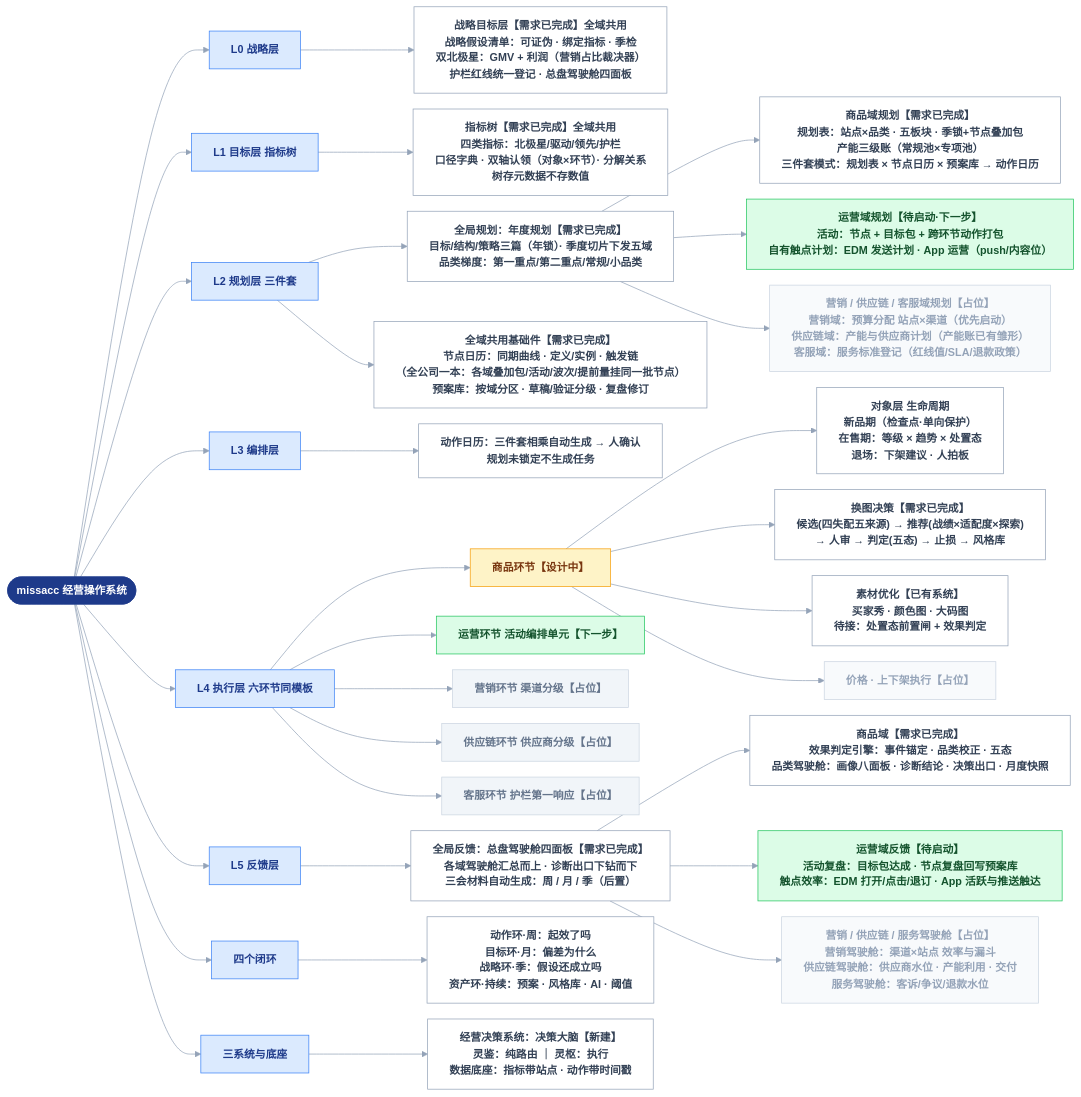
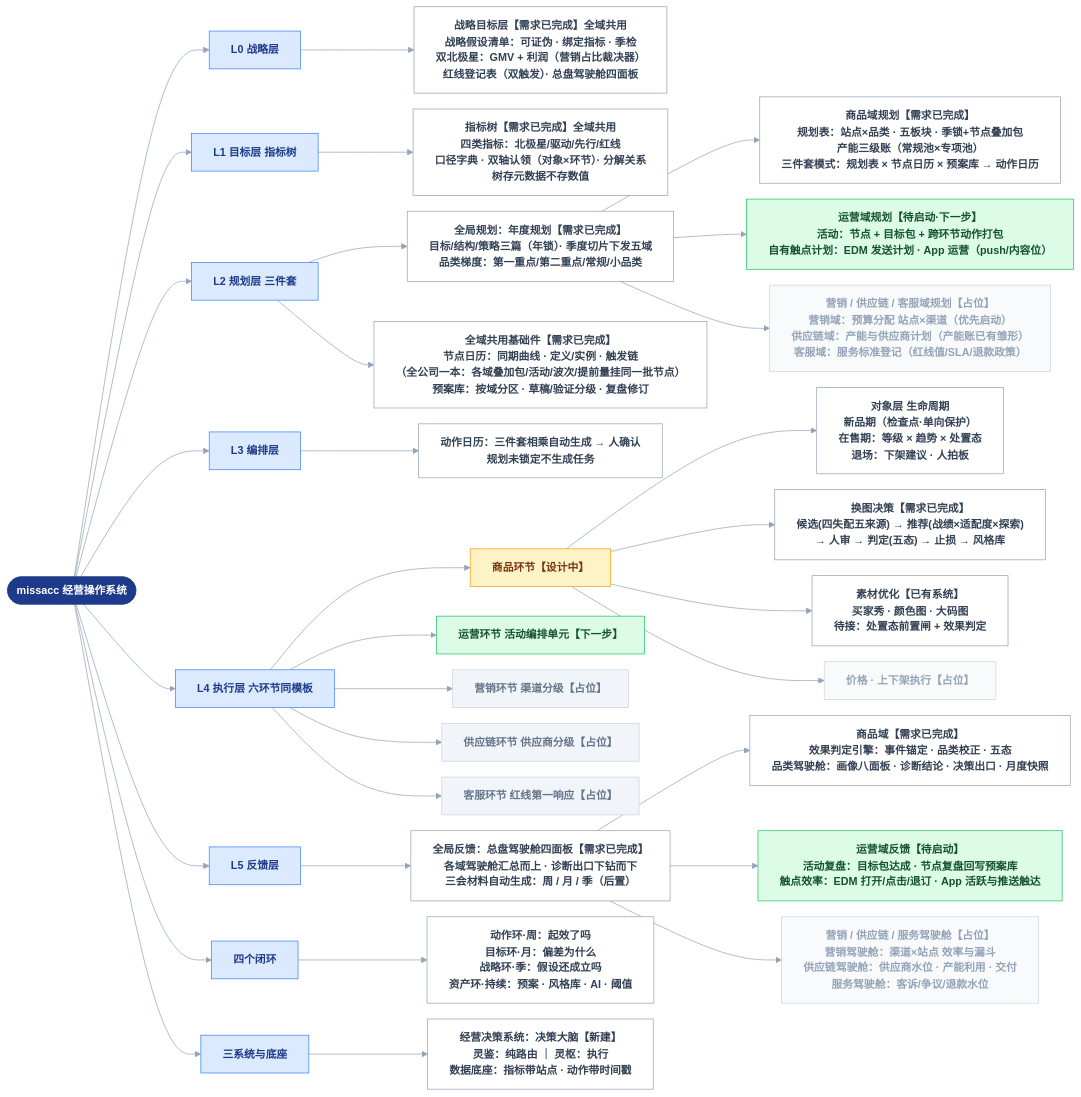
Before and after one commit to devlee/ma: the diagram in docs/系统结构总览.md, drawn with Mermaid. The commit also changed other lines of this file and 5 other files, not shown here.

```diff
--- a/docs/系统结构总览.md
+++ b/docs/系统结构总览.md
@@ -24,10 +24,10 @@
   L0 --> L0C["战略目标层【需求已完成】全域共用
 战略假设清单：可证伪 · 绑定指标 · 季检
 双北极星：GMV + 利润（营销占比裁决器）
-护栏红线统一登记 · 总盘驾驶舱四面板"]:::leaf
+红线登记表（双触发）· 总盘驾驶舱四面板"]:::leaf
 
   L1 --> L1C["指标树【需求已完成】全域共用
-四类指标：北极星/驱动/领先/护栏
+四类指标：北极星/驱动/先行/红线
 口径字典 · 双轴认领（对象×环节）· 分解关系
 树存元数据不存数值"]:::leaf
 
@@ -57,7 +57,7 @@
   L4 --> OPS["运营环节 活动编排单元【下一步】"]:::env
   L4 --> MKT["营销环节 渠道分级【占位】"]:::dim
   L4 --> SCM["供应链环节 供应商分级【占位】"]:::dim
-  L4 --> CS["客服环节 护栏第一响应【占位】"]:::dim
+  L4 --> CS["客服环节 红线第一响应【占位】"]:::dim
 
   GOODS --> OBJ["对象层 生命周期
 新品期（检查点·单向保护）
```
